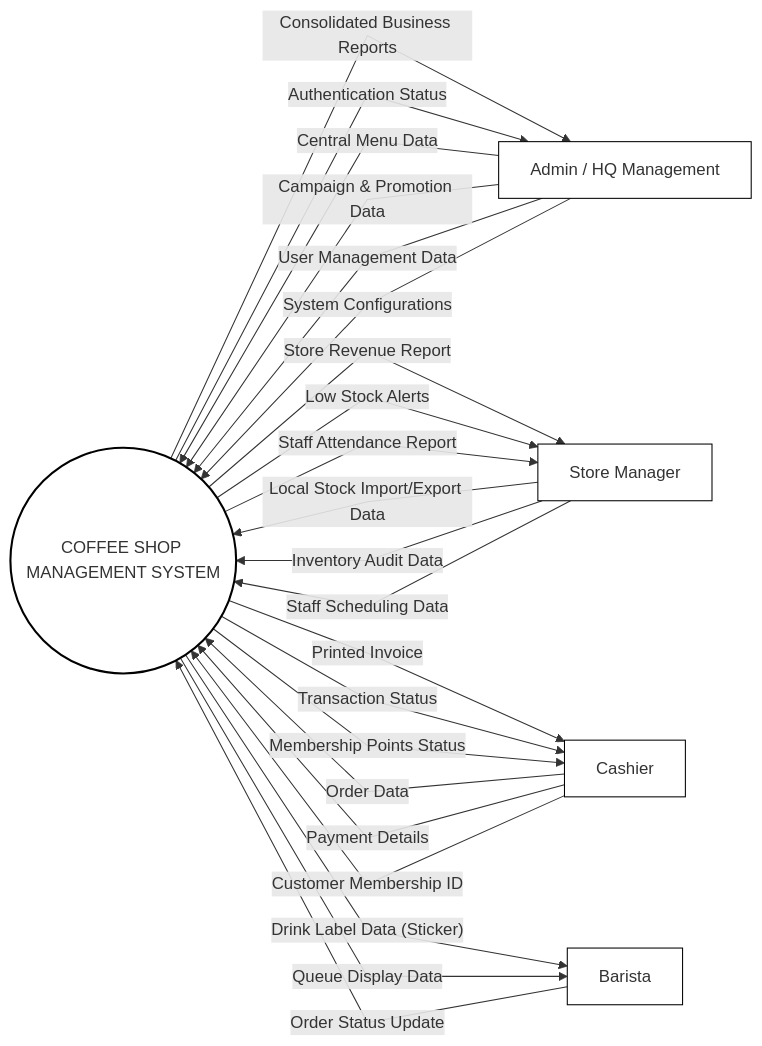
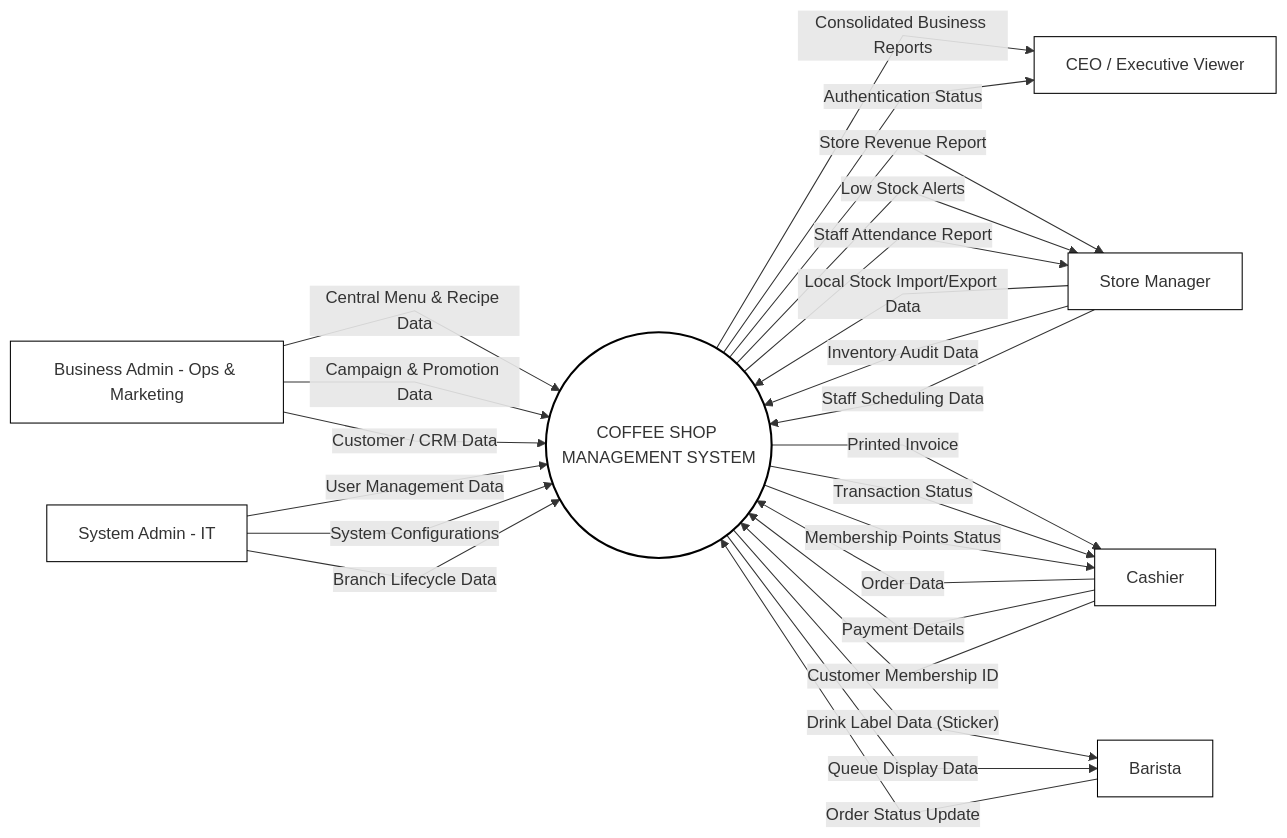
Before and after one commit to Shaichi/Khoga_coffe_shop: the diagram in sections/01_product_overview.md, drawn with Mermaid. The commit also changed other lines of this file and 26 other files, not shown here.

````diff
--- a/sections/01_product_overview.md
+++ b/sections/01_product_overview.md
@@ -32,45 +32,55 @@
 ```mermaid
 graph LR
     linkStyle default interpolate linear
 
     SYS((COFFEE SHOP MANAGEMENT SYSTEM))
-    ADMIN[Admin / HQ Management]
+    CEOVIEWER[CEO / Executive Viewer]
+    BIZADMIN[Business Admin - Ops & Marketing]
+    SSADMIN[System Admin - IT]
     MANAGER[Store Manager]
     CASHIER[Cashier]
     BARISTA[Barista]
 
     style SYS fill:#fff,stroke:#000,stroke-width:2px
-    style ADMIN fill:#fff,stroke:#000,stroke-width:1px
+    style CEOVIEWER fill:#fff,stroke:#000,stroke-width:1px
+    style BIZADMIN fill:#fff,stroke:#000,stroke-width:1px
+    style SSADMIN fill:#fff,stroke:#000,stroke-width:1px
     style MANAGER fill:#fff,stroke:#000,stroke-width:1px
     style CASHIER fill:#fff,stroke:#000,stroke-width:1px
     style BARISTA fill:#fff,stroke:#000,stroke-width:1px
 
-    %% 1. Admin Data Flows
-    ADMIN --> |"Central Menu Data"| SYS
-    ADMIN --> |"Campaign & Promotion Data"| SYS
-    ADMIN --> |"User Management Data"| SYS
-    ADMIN --> |"System Configurations"| SYS
-    SYS --> |"Consolidated Business Reports"| ADMIN
-    SYS --> |"Authentication Status"| ADMIN
+    %% 1a. CEO / Executive Viewer Data Flows (read-only)
+    SYS --> |"Consolidated Business Reports"| CEOVIEWER
+    SYS --> |"Authentication Status"| CEOVIEWER
+
+    %% 1b. Business Admin Data Flows (Ops & Marketing)
+    BIZADMIN --> |"Central Menu & Recipe Data"| SYS
+    BIZADMIN --> |"Campaign & Promotion Data"| SYS
+    BIZADMIN --> |"Customer / CRM Data"| SYS
+
+    %% 1c. System Admin Data Flows (IT)
+    SSADMIN --> |"User Management Data"| SYS
+    SSADMIN --> |"System Configurations"| SYS
+    SSADMIN --> |"Branch Lifecycle Data"| SYS
 
     %% 2. Store Manager Data Flows
     MANAGER --> |"Local Stock Import/Export Data"| SYS
     MANAGER --> |"Inventory Audit Data"| SYS
     MANAGER --> |"Staff Scheduling Data"| SYS
     SYS --> |"Store Revenue Report"| MANAGER
     SYS --> |"Low Stock Alerts"| MANAGER
     SYS --> |"Staff Attendance Report"| MANAGER
 
     %% 3. Cashier Data Flows
     CASHIER --> |"Order Data"| SYS
     CASHIER --> |"Payment Details"| SYS
     CASHIER --> |"Customer Membership ID"| SYS
     SYS --> |"Printed Invoice"| CASHIER
     SYS --> |"Transaction Status"| CASHIER
     SYS --> |"Membership Points Status"| CASHIER
 
     %% 4. Barista Data Flows
     BARISTA --> |"Order Status Update"| SYS
     SYS --> |"Drink Label Data (Sticker)"| BARISTA
     SYS --> |"Queue Display Data"| BARISTA
 ```
````
